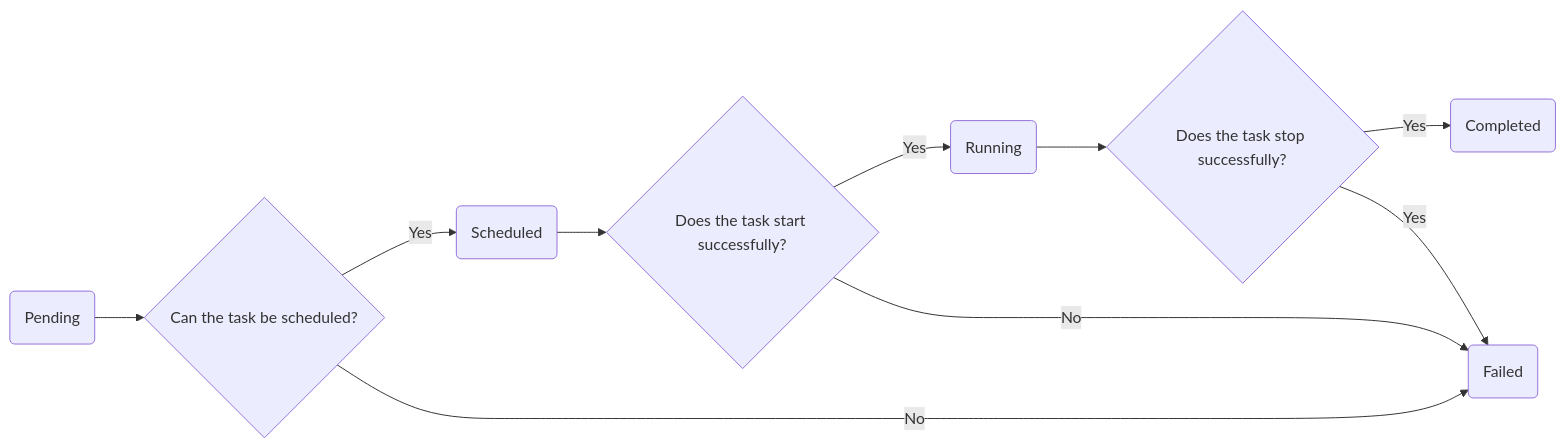
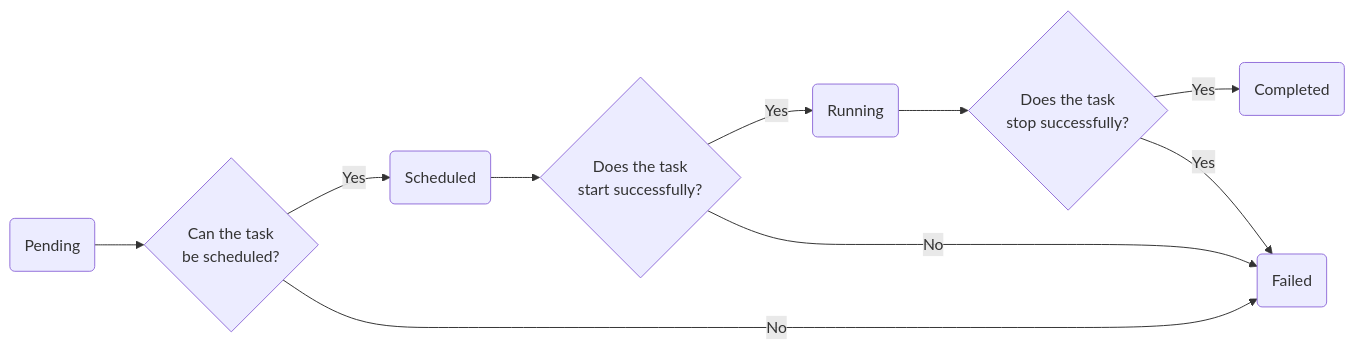
One commit to ximura/corg changed the diagram in task/task.md. Above: the diagram before and after it, drawn with Mermaid.

````diff
--- a/task/task.md
+++ b/task/task.md
@@ -9,16 +9,19 @@
 ```mermaid
 flowchart LR
-scheduled{Can the task be scheduled?}
-started{Does the task start successfully?}
-stopped{Does the task stop successfully?}
+scheduled{Can the task
+be scheduled?}
+started{Does the task
+start successfully?}
+stopped{Does the task
+stop successfully?}
 
 P(Pending) --> scheduled
 scheduled -- Yes --> S(Scheduled)
 scheduled -- No --> F(Failed)
 S --> started
 started -- Yes --> R(Running)
 started -- No --> F
 R --> stopped
 stopped -- Yes --> c(Completed)
 stopped -- Yes --> F
 ```
````
